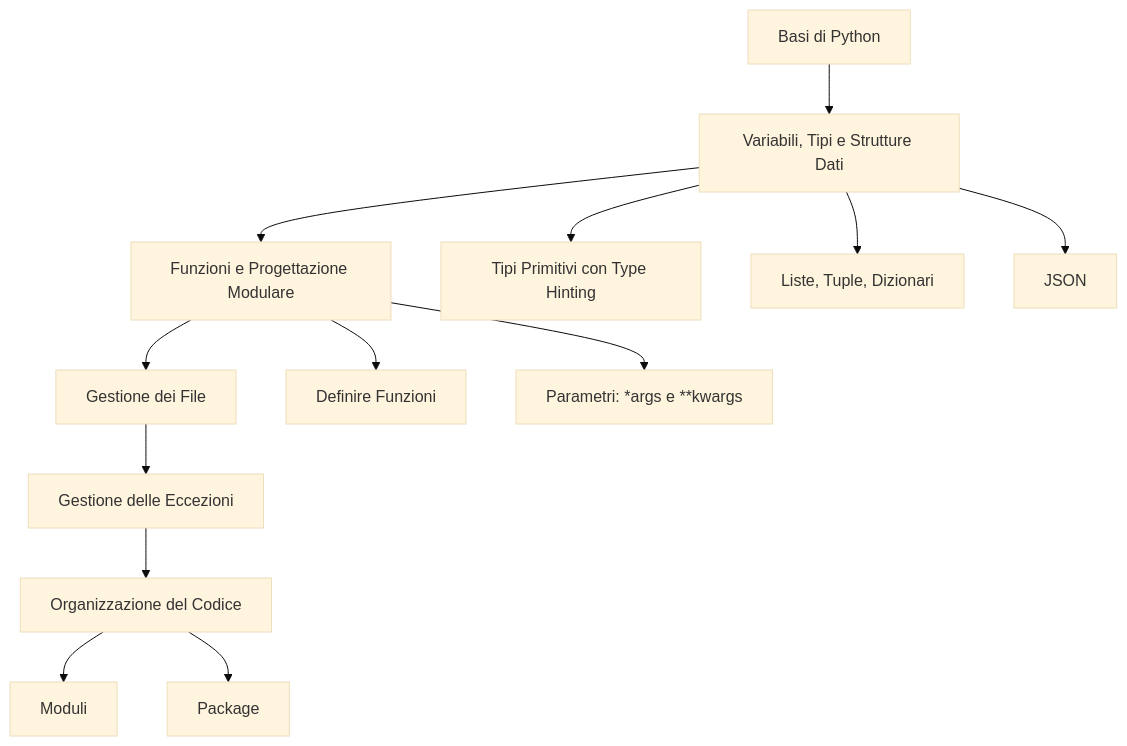
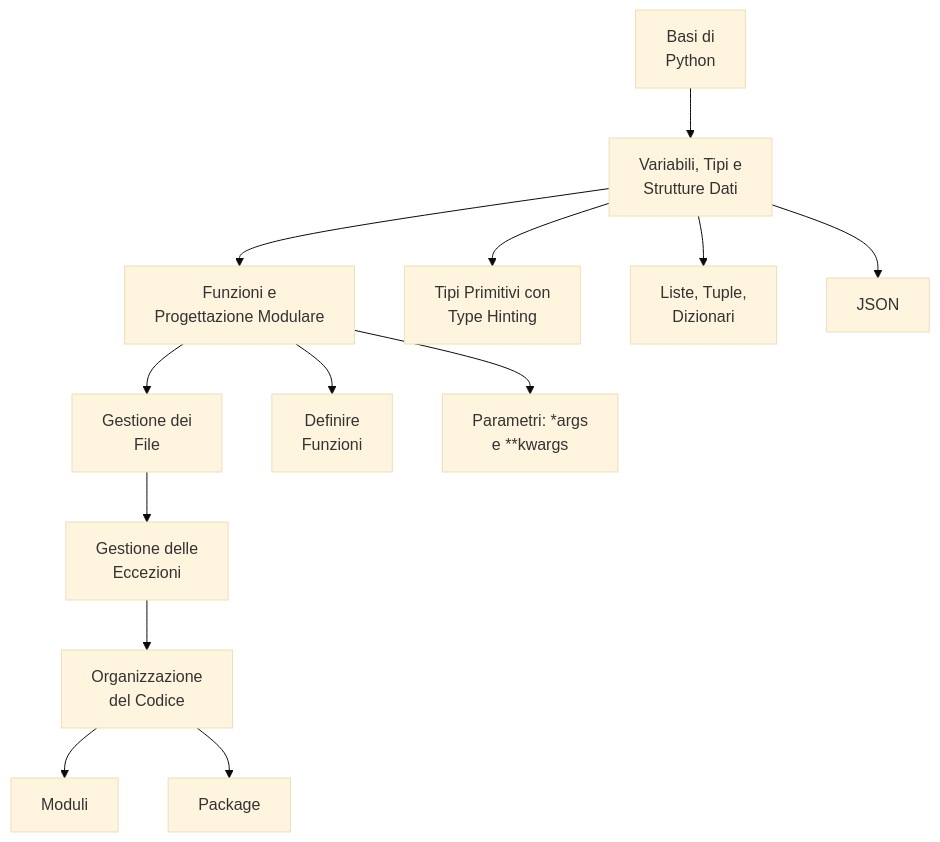
Before and after one commit to angelogalantiscuola/IT: the diagram in 01_Fondamenti_di_Programmazione/03_Basi_della_Programmazione_Python/01_Mappa_Concettuale_Basi_Python.md, drawn with Mermaid (base theme). The commit also changed 4 other files, not shown here.

````diff
--- a/01_Fondamenti_di_Programmazione/03_Basi_della_Programmazione_Python/01_Mappa_Concettuale_Basi_Python.md
+++ b/01_Fondamenti_di_Programmazione/03_Basi_della_Programmazione_Python/01_Mappa_Concettuale_Basi_Python.md
@@ -5,18 +5,18 @@
 ```mermaid
 graph TD
-    A[Basi di Python] --> B[Variabili, Tipi e Strutture Dati];
-    B --> C[Funzioni e Progettazione Modulare];
-    C --> D[Gestione dei File];
-    D --> E[Gestione delle Eccezioni];
-    E --> F[Organizzazione del Codice];
+    A[Basi di<br>Python] --> B[Variabili, Tipi e<br>Strutture Dati];
+    B --> C[Funzioni e<br>Progettazione Modulare];
+    C --> D[Gestione dei<br>File];
+    D --> E[Gestione delle<br>Eccezioni];
+    E --> F[Organizzazione<br>del Codice];
 
-    B --> B1[Tipi Primitivi con Type Hinting];
-    B --> B2[Liste, Tuple, Dizionari];
+    B --> B1[Tipi Primitivi con<br>Type Hinting];
+    B --> B2[Liste, Tuple,<br>Dizionari];
     B --> B3[JSON];
     
-    C --> C1[Definire Funzioni];
-    C --> C2[Parametri: *args e **kwargs];
+    C --> C1[Definire<br>Funzioni];
+    C --> C2[Parametri: *args<br>e **kwargs];
 
     F --> F1[Moduli];
     F --> F2[Package];
 ```
````
